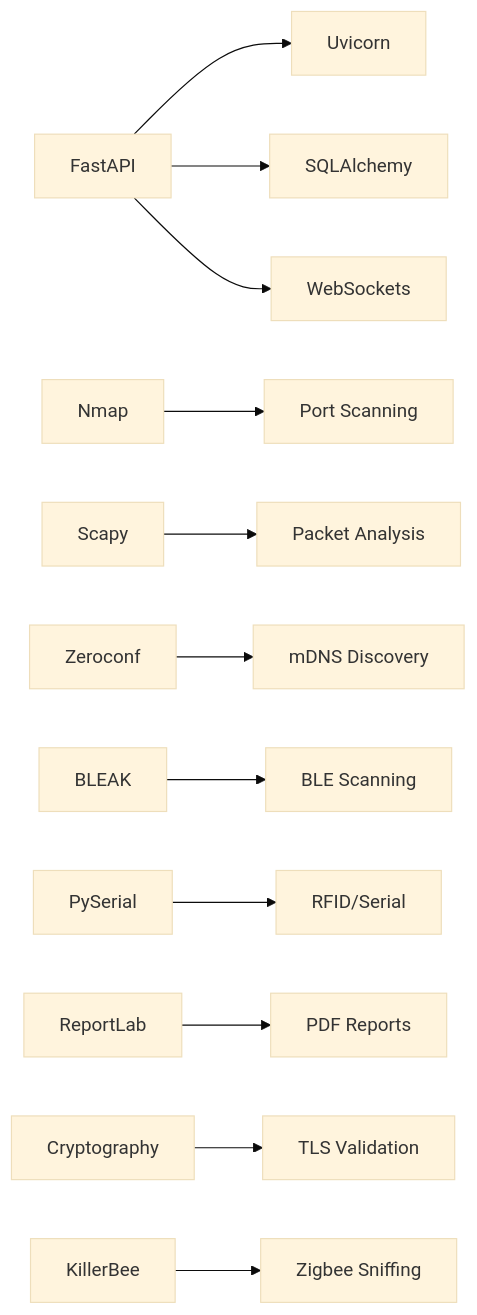
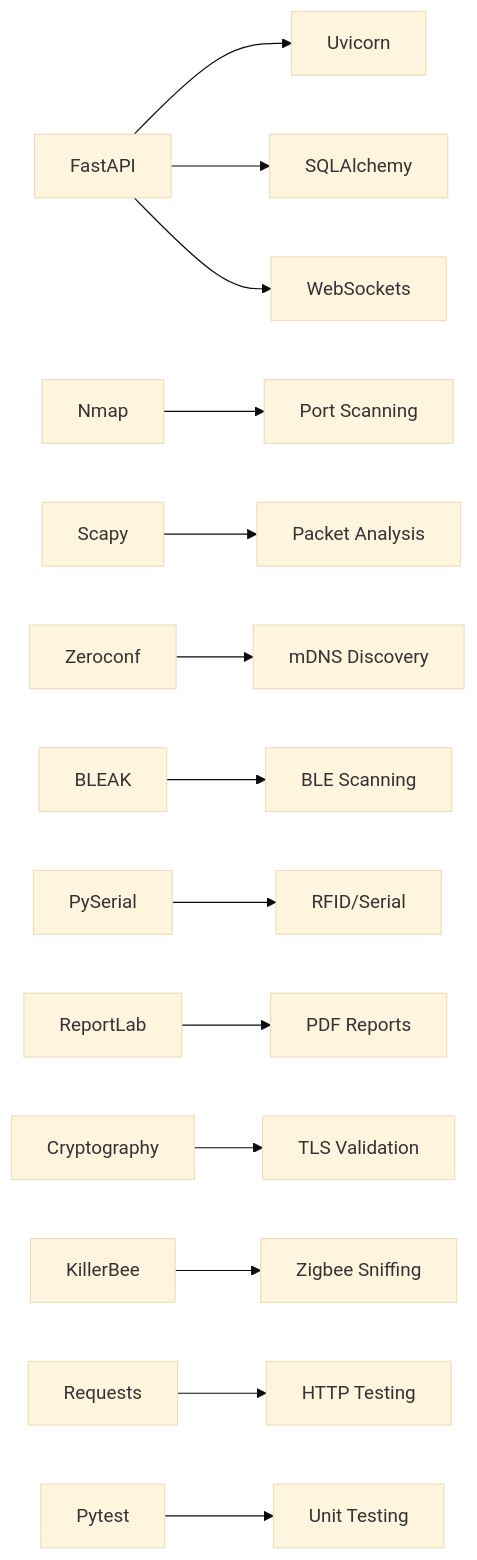
One commit to MohandWaleed3/PentexOne changed the tenth of 11 diagrams in .qoder/repowiki/en/content/Contributing & Development.md. Above: the diagram before and after it, drawn with Mermaid (base theme). The commit also changed other lines of this file and 16 other files, not shown here.

````diff
--- a/.qoder/repowiki/en/content/Contributing & Development.md
+++ b/.qoder/repowiki/en/content/Contributing & Development.md
@@ -369,14 +430,16 @@
 ```mermaid
 graph LR
 A["FastAPI"] --> B["Uvicorn"]
 A --> C["SQLAlchemy"]
 A --> D["WebSockets"]
 E["Nmap"] --> F["Port Scanning"]
 G["Scapy"] --> H["Packet Analysis"]
 I["Zeroconf"] --> J["mDNS Discovery"]
 K["BLEAK"] --> L["BLE Scanning"]
 M["PySerial"] --> N["RFID/Serial"]
 O["ReportLab"] --> P["PDF Reports"]
 Q["Cryptography"] --> R["TLS Validation"]
 S["KillerBee"] --> T["Zigbee Sniffing"]
+U["Requests"] --> V["HTTP Testing"]
+W["Pytest"] --> X["Unit Testing"]
 ```
````
